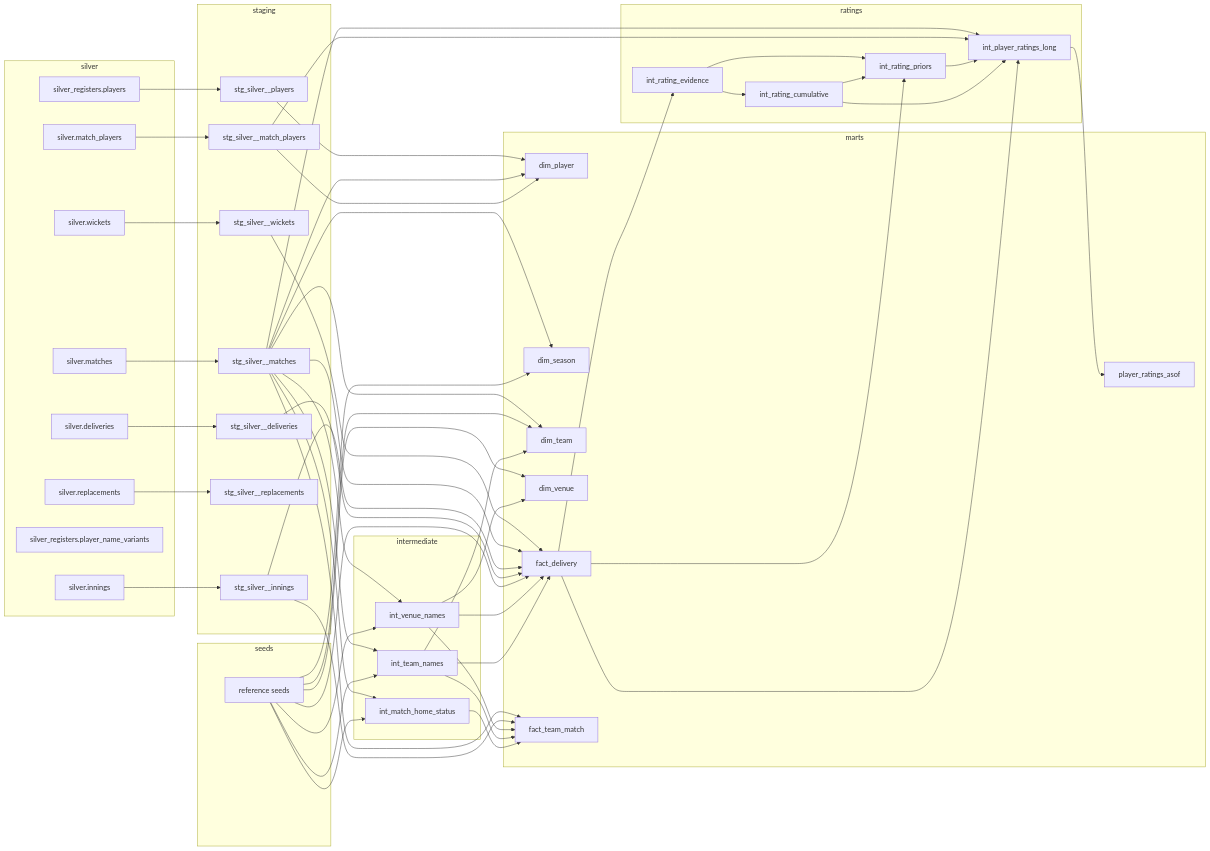
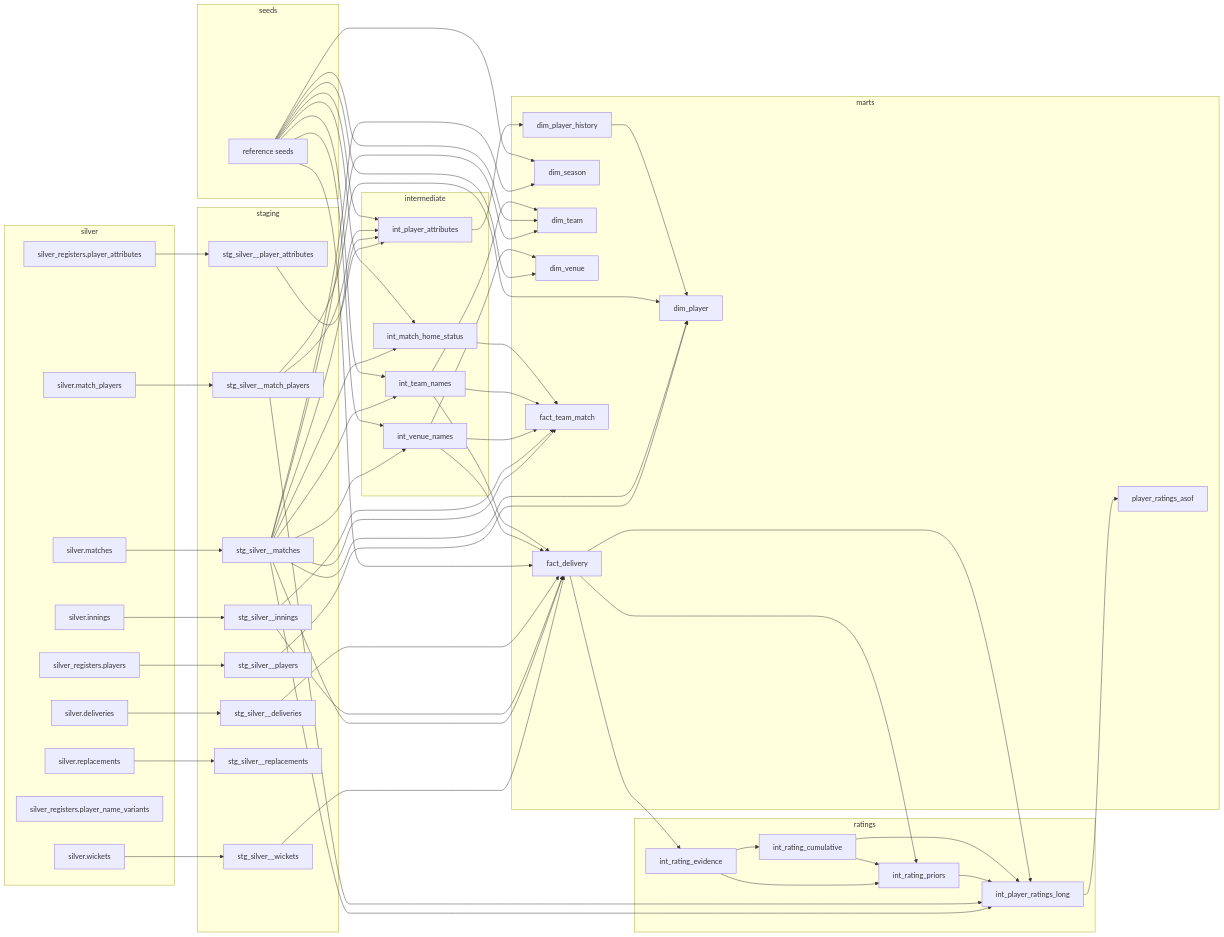
One commit to SKarthikeyan28/IPL_squad_evaluator changed the diagram in README.md. Above: the diagram before and after it, drawn with Mermaid. The commit also changed other lines of this file and 36 other files, not shown here.

First line of the commit message:
Add player attributes from Wikidata, DBpedia and Wikipedia with SCD2 history

````diff
--- a/README.md
+++ b/README.md
@@ -47,6 +48,7 @@
     silver_matches["silver.matches"]
     silver_replacements["silver.replacements"]
     silver_wickets["silver.wickets"]
+    silver_registers_player_attributes["silver_registers.player_attributes"]
     silver_registers_player_name_variants["silver_registers.player_name_variants"]
     silver_registers_players["silver_registers.players"]
   end
@@ -58,12 +60,14 @@
     stg_silver__innings["stg_silver__innings"]
     stg_silver__match_players["stg_silver__match_players"]
     stg_silver__matches["stg_silver__matches"]
+    stg_silver__player_attributes["stg_silver__player_attributes"]
     stg_silver__players["stg_silver__players"]
     stg_silver__replacements["stg_silver__replacements"]
     stg_silver__wickets["stg_silver__wickets"]
   end
   subgraph intermediate
     int_match_home_status["int_match_home_status"]
+    int_player_attributes["int_player_attributes"]
     int_team_names["int_team_names"]
     int_venue_names["int_venue_names"]
   end
@@ -75,6 +79,7 @@
   end
   subgraph marts
     dim_player["dim_player"]
+    dim_player_history["dim_player_history"]
     dim_season["dim_season"]
     dim_team["dim_team"]
     dim_venue["dim_venue"]
@@ -82,10 +87,12 @@
     fact_team_match["fact_team_match"]
     player_ratings_asof["player_ratings_asof"]
   end
+  dim_player_history --> dim_player
   fact_delivery --> int_player_ratings_long
   fact_delivery --> int_rating_evidence
   fact_delivery --> int_rating_priors
   int_match_home_status --> fact_team_match
+  int_player_attributes --> dim_player_history
   int_player_ratings_long --> player_ratings_asof
   int_rating_cumulative --> int_player_ratings_long
   int_rating_cumulative --> int_rating_priors
@@ -103,6 +110,7 @@
   reference_seeds --> dim_venue
   reference_seeds --> fact_delivery
   reference_seeds --> int_match_home_status
+  reference_seeds --> int_player_attributes
   reference_seeds --> int_team_names
   reference_seeds --> int_venue_names
   silver_deliveries --> stg_silver__deliveries
@@ -111,11 +119,13 @@
   silver_matches --> stg_silver__matches
   silver_replacements --> stg_silver__replacements
   silver_wickets --> stg_silver__wickets
+  silver_registers_player_attributes --> stg_silver__player_attributes
   silver_registers_players --> stg_silver__players
   stg_silver__deliveries --> fact_delivery
   stg_silver__innings --> fact_delivery
   stg_silver__innings --> fact_team_match
   stg_silver__match_players --> dim_player
+  stg_silver__match_players --> int_player_attributes
   stg_silver__match_players --> int_player_ratings_long
   stg_silver__matches --> dim_player
   stg_silver__matches --> dim_season
@@ -123,9 +133,11 @@
   stg_silver__matches --> fact_delivery
   stg_silver__matches --> fact_team_match
   stg_silver__matches --> int_match_home_status
+  stg_silver__matches --> int_player_attributes
   stg_silver__matches --> int_player_ratings_long
   stg_silver__matches --> int_team_names
   stg_silver__matches --> int_venue_names
+  stg_silver__player_attributes --> int_player_attributes
   stg_silver__players --> dim_player
   stg_silver__wickets --> fact_delivery
 ```
````
